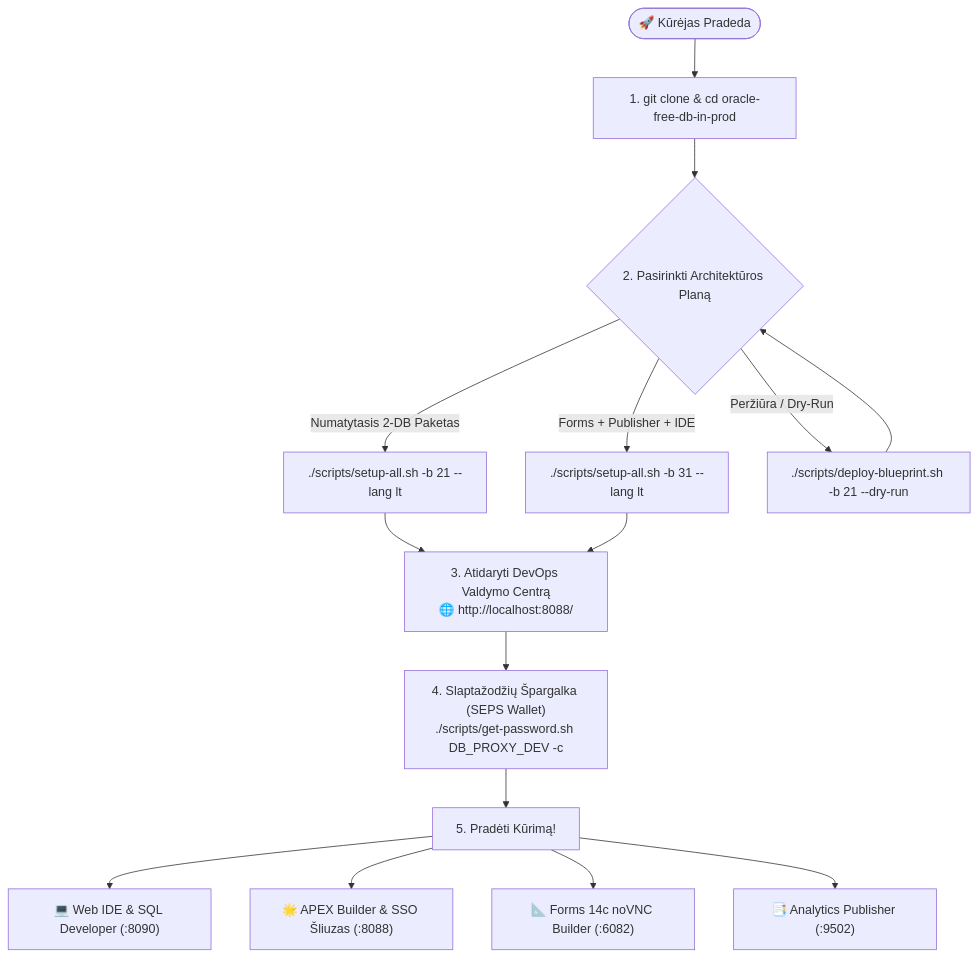
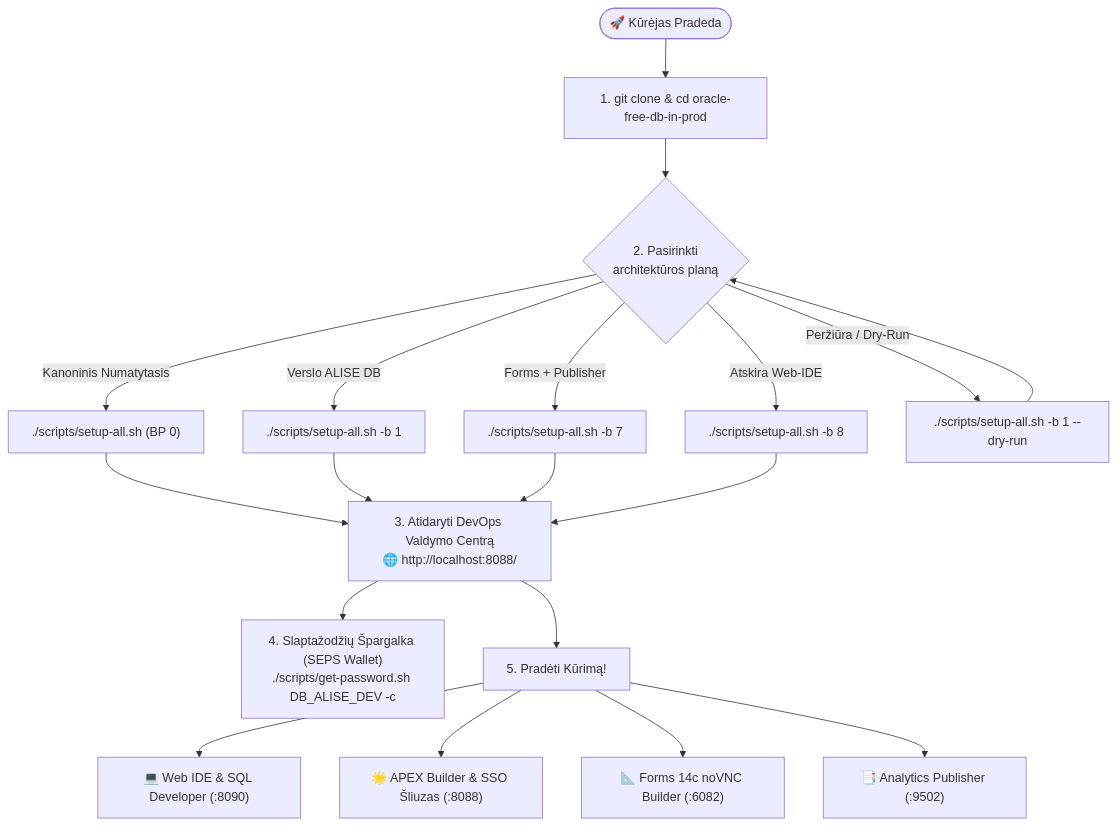
The first of 2 diagrams in docs/lt/README.md (alahe/oracle-devops-platform), drawn with Mermaid before and after one commit. The commit also changed other lines of this file and 412 other files, not shown here.

Commit message:
feat: publisher suite, devhub search & 6-lang i18n categories, ai skills, and accessibility compliance

````diff
--- a/docs/lt/README.md
+++ b/docs/lt/README.md
@@ -35,21 +35,25 @@
 ```mermaid
 flowchart TD
     Start(["🚀 Kūrėjas Pradeda"]) --> Clone["1. git clone & cd oracle-free-db-in-prod"]
-    Clone --> ChooseBP{"2. Pasirinkti Architektūros Planą"}
+    Clone --> ChooseBP{"2. Pasirinkti<br/>architektūros planą"}
     
-    ChooseBP -->|Numatytasis 2-DB Paketas| BP21["./scripts/setup-all.sh -b 21 --lang lt"]
-    ChooseBP -->|Forms + Publisher + IDE| BP31["./scripts/setup-all.sh -b 31 --lang lt"]
-    ChooseBP -->|Peržiūra / Dry-Run| BPDry["./scripts/deploy-blueprint.sh -b 21 --dry-run"]
+    ChooseBP -->|Kanoninis Numatytasis| BP0["./scripts/setup-all.sh (BP 0)"]
+    ChooseBP -->|Verslo ALISE DB| BP1["./scripts/setup-all.sh -b 1"]
+    ChooseBP -->|Forms + Publisher| BP7["./scripts/setup-all.sh -b 7"]
+    ChooseBP -->|Atskira Web-IDE| BP8["./scripts/setup-all.sh -b 8"]
+    ChooseBP -->|Peržiūra / Dry-Run| BPDry["./scripts/setup-all.sh -b 1 --dry-run"]
     
-    BP21 --> DevHub["3. Atidaryti DevOps Valdymo Centrą<br/>🌐 http://localhost:8088/"]
-    BP31 --> DevHub
+    BP0 --> DevHub["3. Atidaryti DevOps Valdymo Centrą<br/>🌐 http://localhost:8088/"]
+    BP1 --> DevHub
+    BP7 --> DevHub
+    BP8 --> DevHub
     BPDry --> ChooseBP
     
-    DevHub --> PwdSpikker["4. Slaptažodžių Špargalka (SEPS Wallet)<br/>./scripts/get-password.sh DB_PROXY_DEV -c"]
+    DevHub --> PwdSpikker["4. Slaptažodžių Špargalka (SEPS Wallet)<br/>./scripts/get-password.sh DB_ALISE_DEV -c"]
     
-    PwdSpikker --> DevWork["5. Pradėti Kūrimą!"]
+    DevHub --> DevWork["5. Pradėti Kūrimą!"]
     DevWork --> WorkIDE["💻 Web IDE & SQL Developer (:8090)"]
     DevWork --> WorkAPEX["🌟 APEX Builder & SSO Šliuzas (:8088)"]
     DevWork --> WorkForms["📐 Forms 14c noVNC Builder (:6082)"]
     DevWork --> WorkPub["📑 Analytics Publisher (:9502)"]
 ```
````
